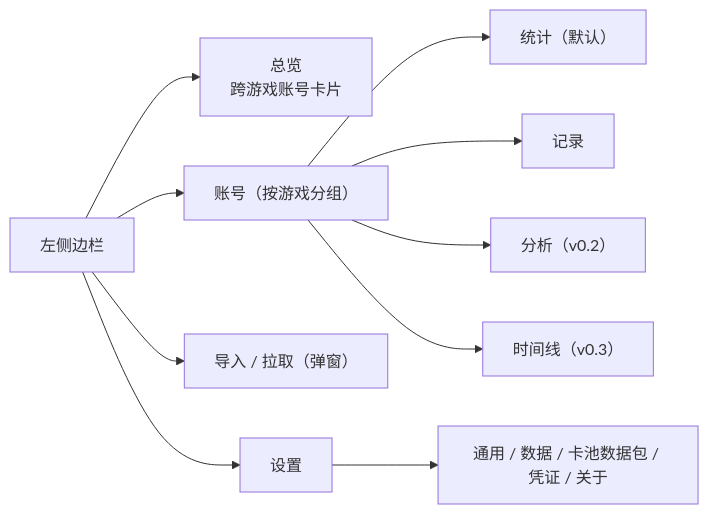
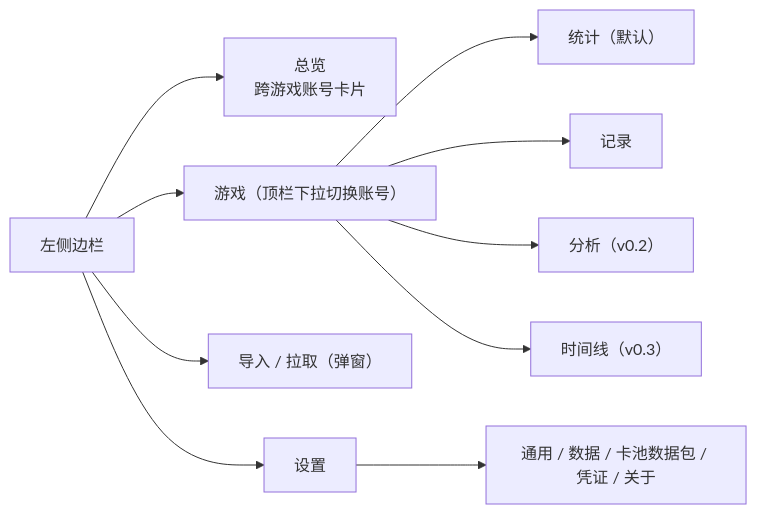
One commit to zchasing/GachaNote changed the first of 2 diagrams in docs/03-ui-ux.md. Above: the diagram before and after it, drawn with Mermaid. The commit also changed other lines of this file and 4 other files, not shown here.

````diff
--- a/docs/03-ui-ux.md
+++ b/docs/03-ui-ux.md
@@ -23,12 +23,12 @@
 ```mermaid
 flowchart LR
   side["左侧边栏"] --> ov["总览<br/>跨游戏账号卡片"]
-  side --> acc["账号（按游戏分组）"]
+  side --> acc["游戏（顶栏下拉切换账号）"]
   side --> imp["导入 / 拉取（弹窗）"]
   side --> set["设置"]
   acc --> t1["统计（默认）"]
   acc --> t2["记录"]
   acc --> t3["分析（v0.2）"]
   acc --> t4["时间线（v0.3）"]
   set --> s["通用 / 数据 / 卡池数据包 / 凭证 / 关于"]
 ```
````
